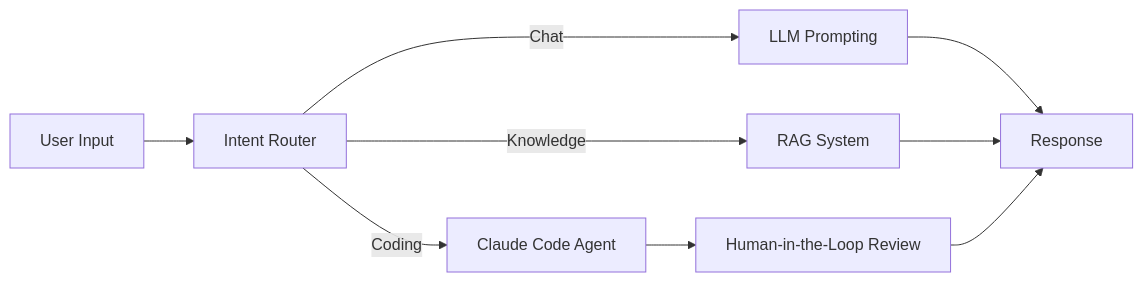
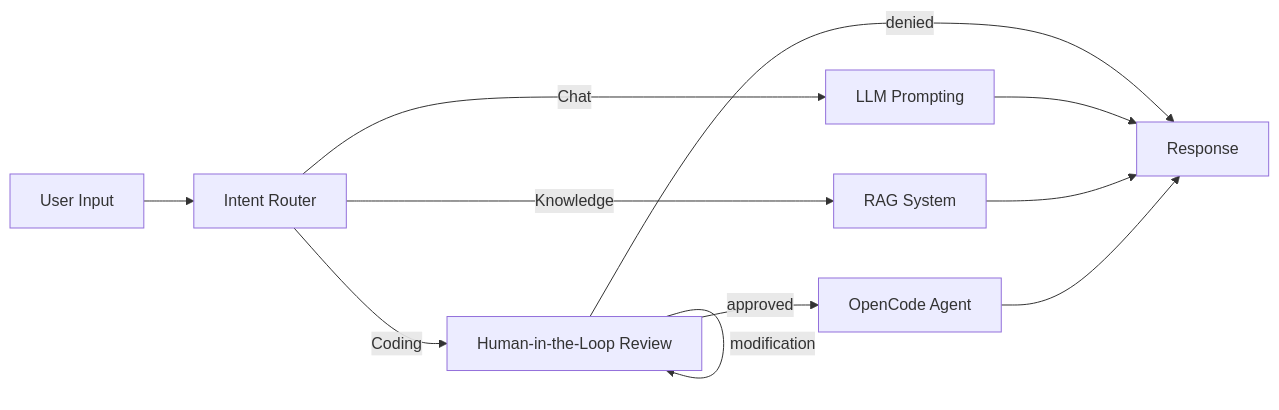
The diagram in README.md (ctxnn/CKC-agent), drawn with Mermaid before and after one commit. The commit also changed other lines of this file and 3 other files, not shown here.

First line of the commit message:
Fix HIL approval, keep revisions, give OpenCode context, handle errors

````diff
--- a/README.md
+++ b/README.md
@@ -14,14 +15,16 @@
 ```mermaid
 flowchart LR
     U[User Input] --> C[Intent Router]
 
     C -- Chat --> P[LLM Prompting]
     C -- Knowledge --> R[RAG System]
-    C -- Coding --> CC[Claude Code Agent]
+    C -- Coding --> HIL[Human-in-the-Loop Review]
 
-    CC --> HIL[Human-in-the-Loop Review]
+    HIL -- modification --> HIL
+    HIL -- approved --> CC[OpenCode Agent]
+    HIL -- denied --> E
 
     P --> E[Response]
     R --> E
-    HIL --> E
+    CC --> E
 ```
````
